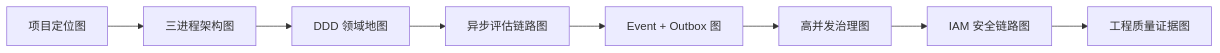
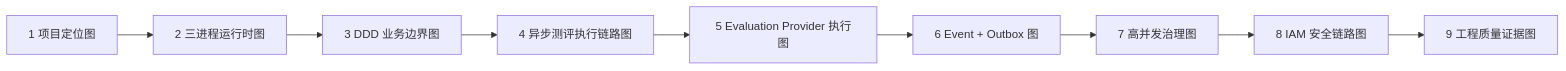
Before and after one commit to FangcunMount/qs-server: the first of 13 diagrams in docs/06-宣讲/10-架构图素材索引.md, drawn with Mermaid. The commit also changed other lines of this file and 25 other files, not shown here.

````diff
--- a/docs/06-宣讲/10-架构图素材索引.md
+++ b/docs/06-宣讲/10-架构图素材索引.md
@@ -44,13 +133,14 @@
 ```mermaid
 flowchart LR
-    A["项目定位图"]
-    B["三进程架构图"]
-    C["DDD 领域地图"]
-    D["异步评估链路图"]
-    E["Event + Outbox 图"]
-    F["高并发治理图"]
-    G["IAM 安全链路图"]
-    H["工程质量证据图"]
+    A["1 项目定位图"]
+    B["2 三进程运行时图"]
+    C["3 DDD 业务边界图"]
+    D["4 异步测评执行链路图"]
+    E["5 Evaluation Provider 执行图"]
+    F["6 Event + Outbox 图"]
+    G["7 高并发治理图"]
+    H["8 IAM 安全链路图"]
+    I["9 工程质量证据图"]
 
-    A --> B --> C --> D --> E --> F --> G --> H
+    A --> B --> C --> D --> E --> F --> G --> H --> I
 ```
````
